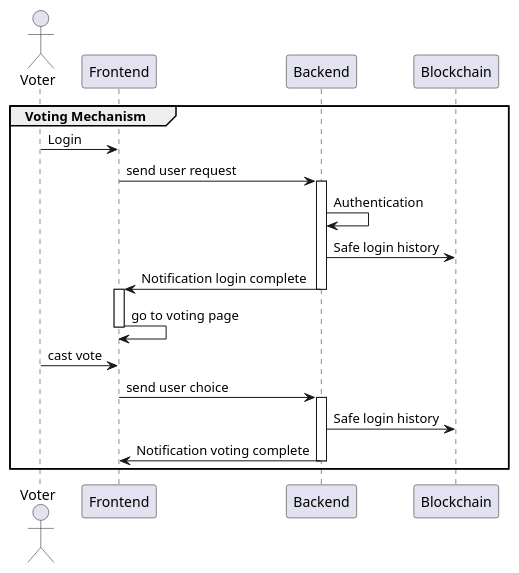
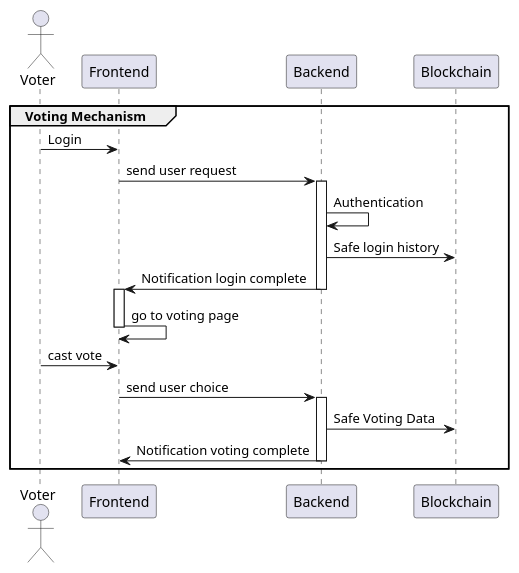
The diagram in Diagram/Voting.puml (IF5200-Class1-Team4/E-Voting), drawn with PlantUML before and after one commit. The commit also changed 3 other files, not shown here.

Commit message:
update diagram

```diff
--- a/Diagram/Voting.puml
+++ b/Diagram/Voting.puml
@@ -1,37 +1,37 @@
 @startuml global sequence diagram
 skinparam maxMessageSize 300
 actor "Voter" as user1
 ' actor "Votee" as user2
 ' actor "KPU" as user3
 participant "Frontend" as system1
 participant "Backend" as system2
 participant "Blockchain" as system3
 
 group Voting Mechanism
     user1 -> system1: Login
 
     system1 -> system2: send user request
 
     activate system2
     system2 -> system2: Authentication
     system2 -> system3: Safe login history
     system2 -> system1: Notification login complete
     deactivate system2
 
     
 
     activate system1
     system1 -> system1: go to voting page
     deactivate system1
 
     user1 -> system1: cast vote
     system1 -> system2: send user choice
 
     activate system2
-    system2 -> system3: Safe login history
+    system2 -> system3: Safe Voting Data
     system2 -> system1: Notification voting complete
     deactivate system2
     
 
 end
 @enduml
```
